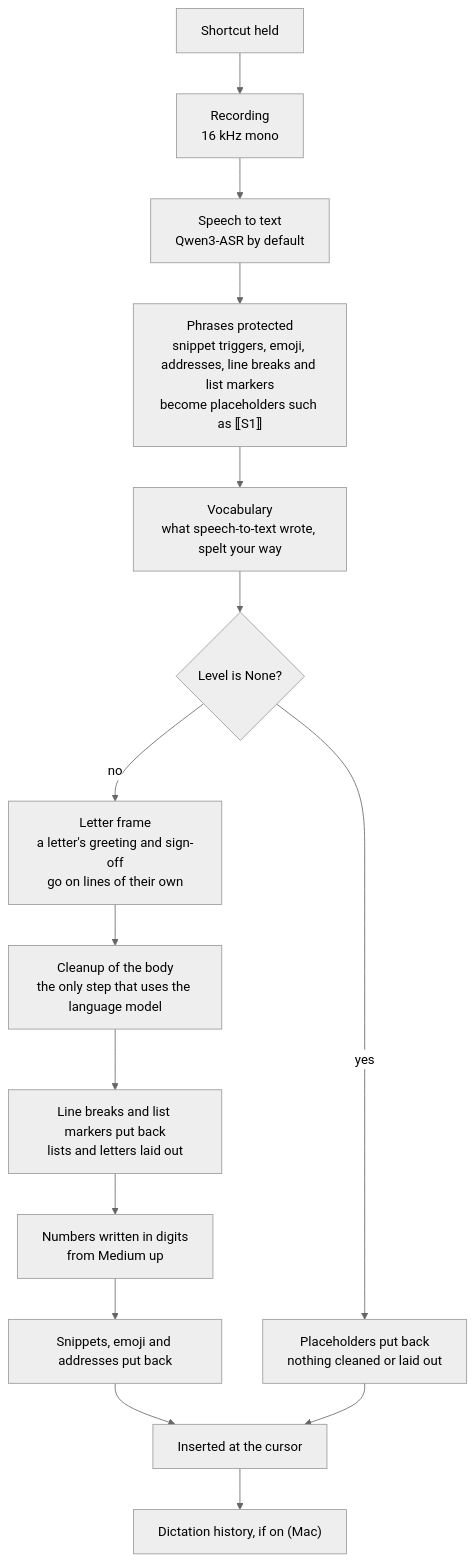
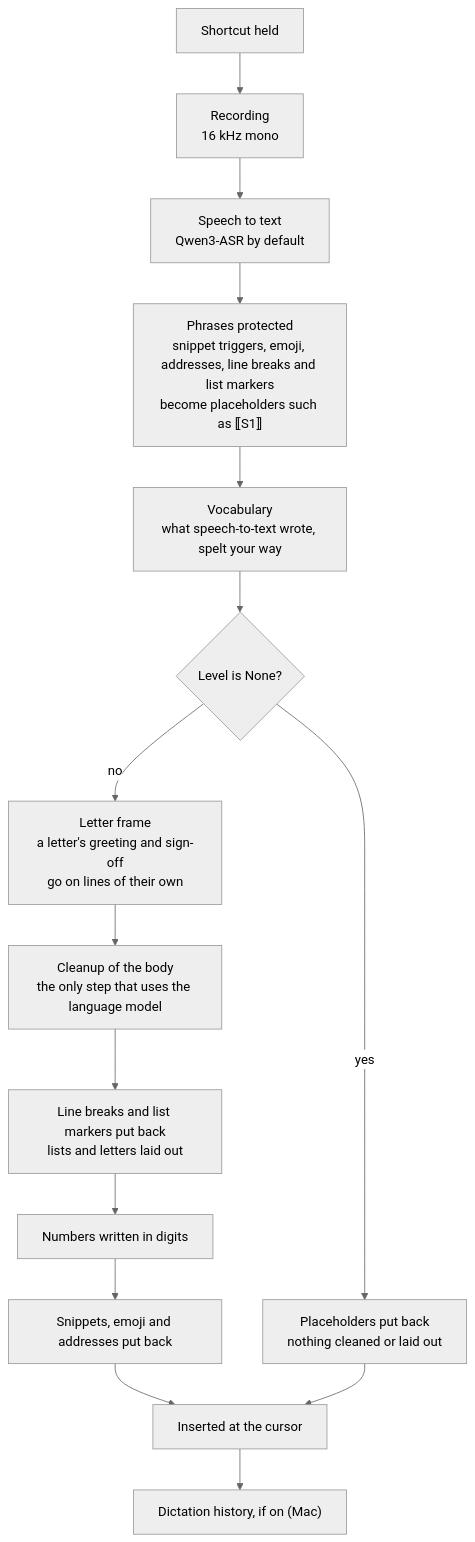
Before and after one commit to Nerdstorm/LiveTranscribe: the second of 9 diagrams in docs/architecture.md, drawn with Mermaid (neutral theme). The commit also changed other lines of this file and 119 other files, not shown here.

````diff
--- a/docs/architecture.md
+++ b/docs/architecture.md
@@ -59,17 +59,17 @@
 ```mermaid
 flowchart TD
     A["Shortcut held"] --> B["Recording<br/>16 kHz mono"]
     B --> C["Speech to text<br/>Qwen3-ASR by default"]
     C --> D["Phrases protected<br/>snippet triggers, emoji, addresses, line breaks and list markers<br/>become placeholders such as ⟦S1⟧"]
     D --> E["Vocabulary<br/>what speech-to-text wrote, spelt your way"]
     E --> F{"Level is None?"}
     F -->|yes| N["Placeholders put back<br/>nothing cleaned or laid out"]
     F -->|no| G["Letter frame<br/>a letter's greeting and sign-off<br/>go on lines of their own"]
     G --> H["Cleanup of the body<br/>the only step that uses the language model"]
     H --> I["Line breaks and list markers put back<br/>lists and letters laid out"]
-    I --> NUM["Numbers written in digits<br/>from Medium up"]
+    I --> NUM["Numbers written in digits"]
     NUM --> J["Snippets, emoji and addresses put back"]
     J --> K["Inserted at the cursor"]
     N --> K
     K --> L["Dictation history, if on (Mac)"]
 ```
````
